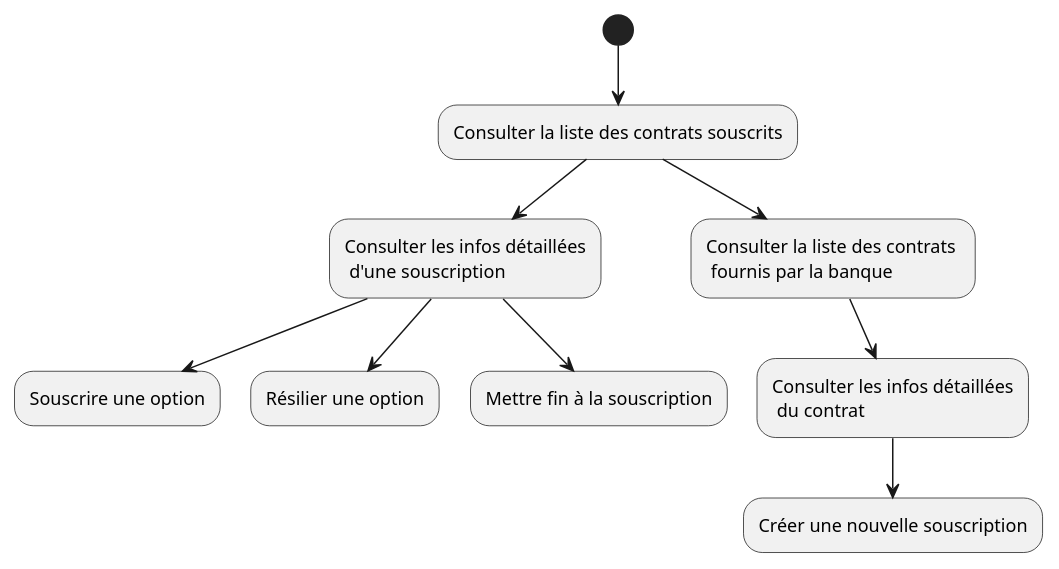
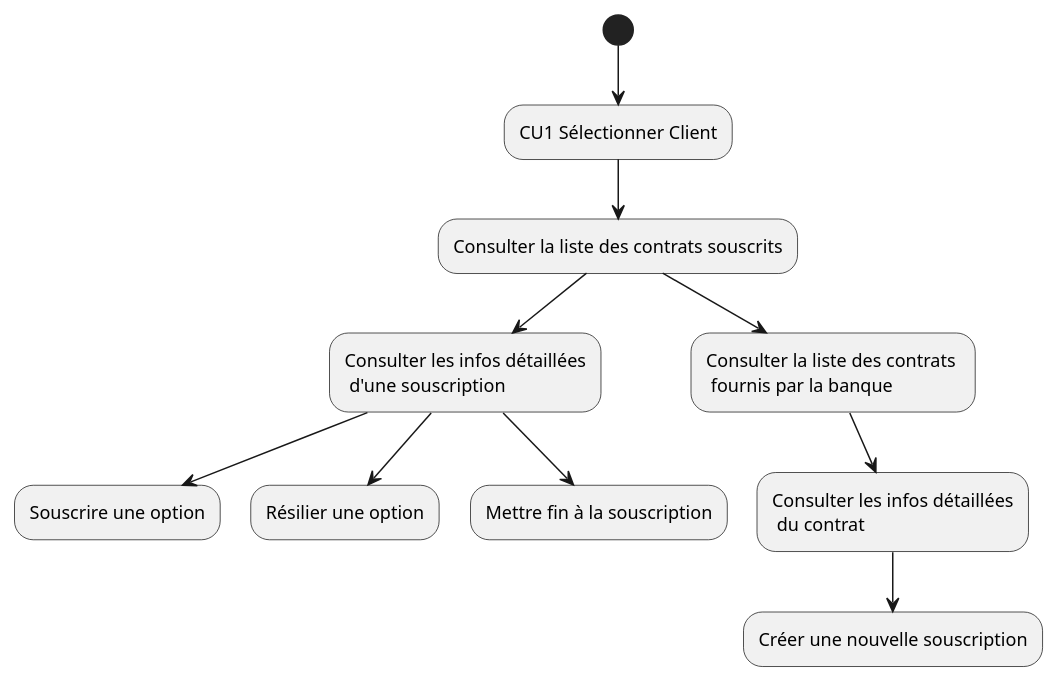
Before and after one commit to HZjiadong/PLD-MARS: the diagram in src/documentation/CU4_DA.puml, drawn with PlantUML. The commit also changed 3 other files, not shown here.

```diff
--- a/src/documentation/CU4_DA.puml
+++ b/src/documentation/CU4_DA.puml
@@ -1,14 +1,15 @@
 @startuml
-(*)  --> "Consulter la liste des contrats souscrits"
+(*)  --> "CU1 Sélectionner Client"
+--> "Consulter la liste des contrats souscrits"
 
 "Consulter la liste des contrats souscrits"-->  "Consulter les infos détaillées\n d'une souscription"
 "Consulter la liste des contrats souscrits"--> "Consulter la liste des contrats \n fournis par la banque "
 
 "Consulter les infos détaillées\n d'une souscription" --> "Souscrire une option"
 "Consulter les infos détaillées\n d'une souscription" --> "Résilier une option"
 "Consulter les infos détaillées\n d'une souscription" --> "Mettre fin à la souscription"
 
 "Consulter la liste des contrats \n fournis par la banque " --> "Consulter les infos détaillées\n du contrat"
 "Consulter les infos détaillées\n du contrat" --> "Créer une nouvelle souscription"
 
 @enduml
```
